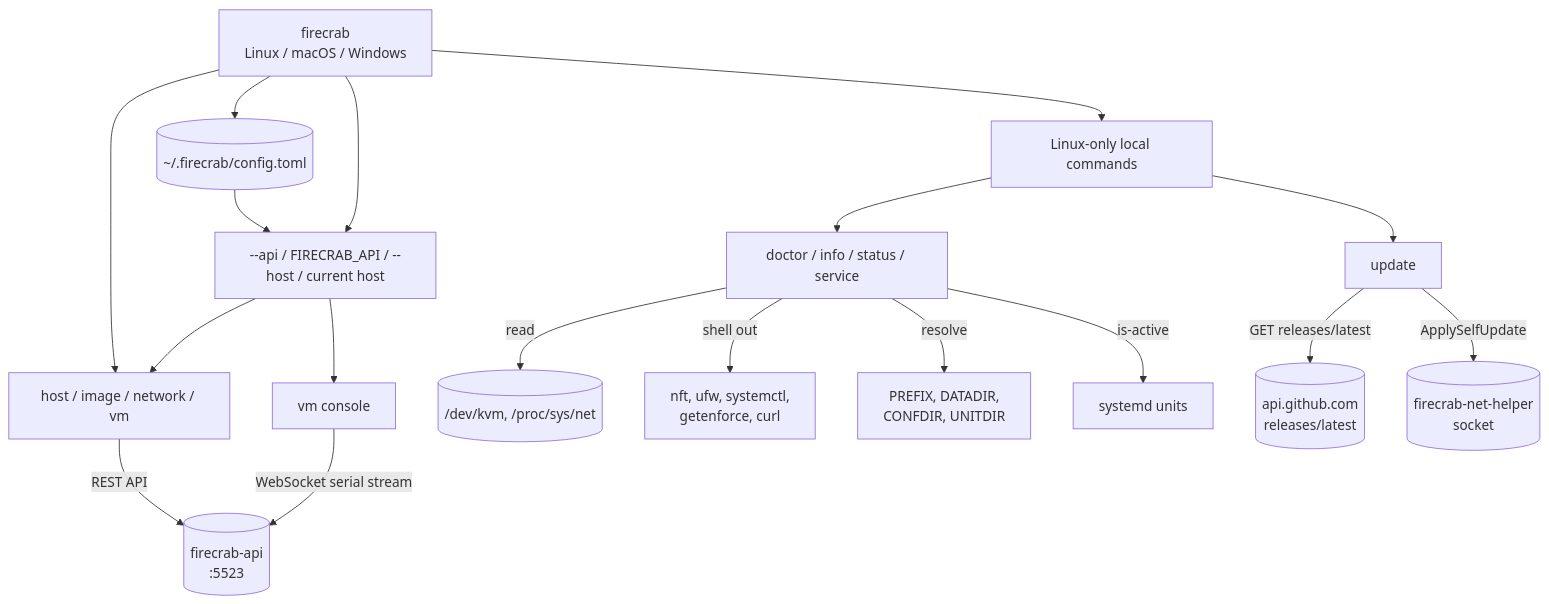
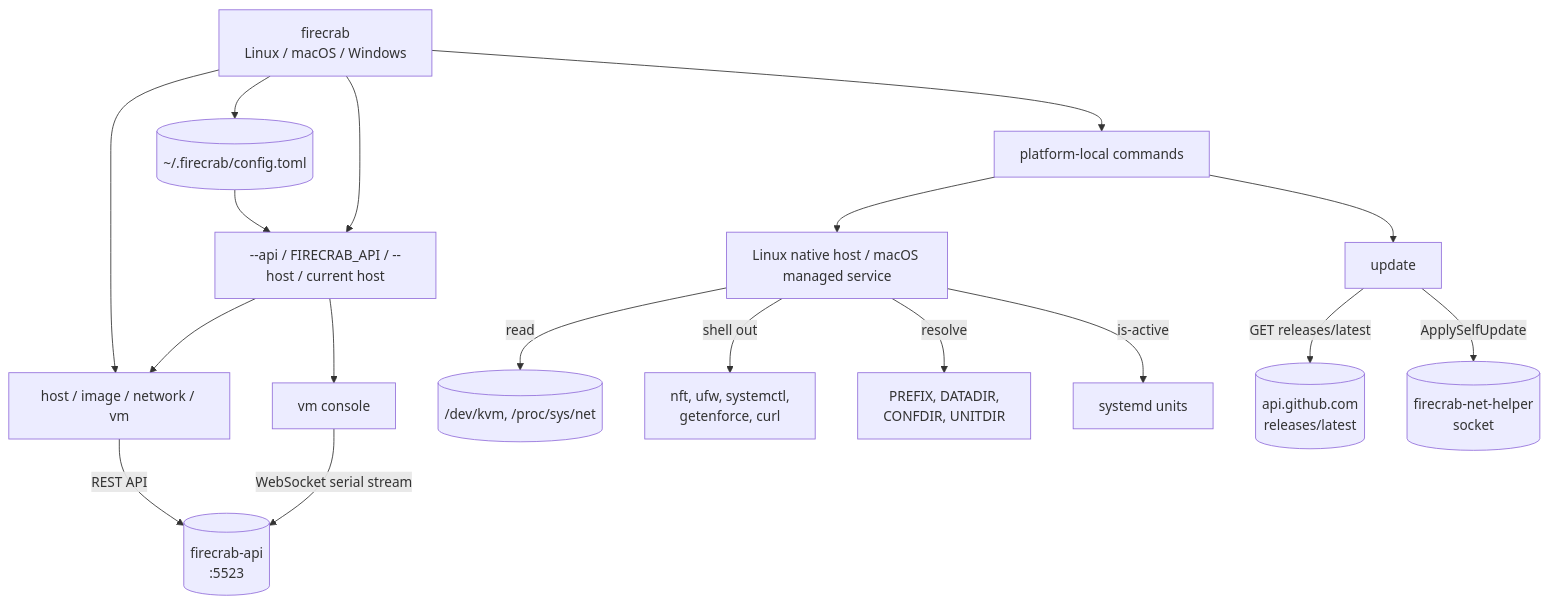
Before and after one commit to SteelCrab/firecrab: the diagram in public-docs/firecrab-cli.md, drawn with Mermaid. The commit also changed other lines of this file and 29 other files, not shown here.

````diff
--- a/public-docs/firecrab-cli.md
+++ b/public-docs/firecrab-cli.md
@@ -29,35 +29,35 @@
 ```mermaid
 flowchart TD
     CLI["firecrab<br/>Linux / macOS / Windows"]
     Config[("~/.firecrab/config.toml")]
     Select["--api / FIRECRAB_API / --host / current host"]
-    Linux["Linux-only local commands"]
-    Doctor["doctor / info / status / service"]
+    Local["platform-local commands"]
+    Doctor["Linux native host / macOS managed service"]
     Resources["host / image / network / vm"]
     Console["vm console"]
     Update["update"]
     Proc[("/dev/kvm, /proc/sys/net")]
     Tools["nft, ufw, systemctl,\ngetenforce, curl"]
     Paths["PREFIX, DATADIR,\nCONFDIR, UNITDIR"]
     Units["systemd units"]
     API[("firecrab-api\n:5523")]
     GH[("api.github.com\nreleases/latest")]
     Helper[("firecrab-net-helper\nsocket")]
     CLI --> Config
     Config --> Select
     CLI --> Select
-    CLI --> Linux
-    Linux --> Doctor
+    CLI --> Local
+    Local --> Doctor
     CLI --> Resources
     Select --> Console
-    Linux --> Update
+    Local --> Update
     Doctor -->|read| Proc
     Doctor -->|shell out| Tools
     Doctor -->|resolve| Paths
     Doctor -->|is-active| Units
     Select --> Resources
     Resources -->|REST API| API
     Console -->|WebSocket serial stream| API
     Update -->|GET releases/latest| GH
     Update -->|ApplySelfUpdate| Helper
 ```
````
